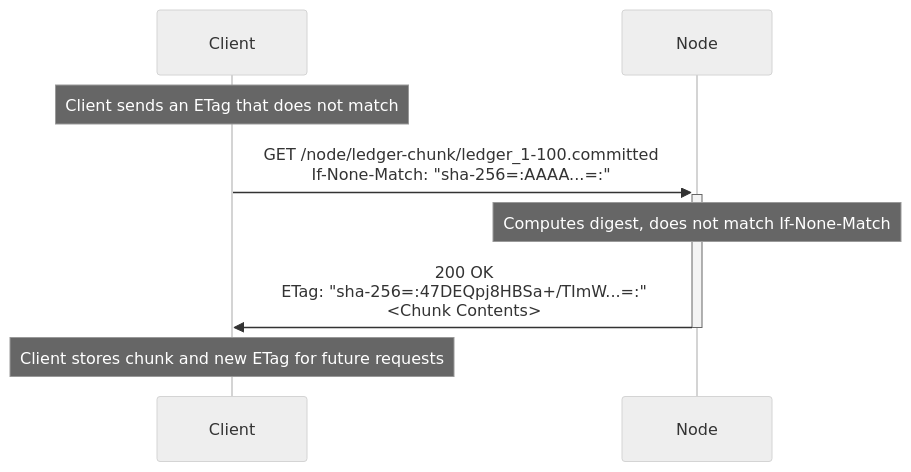
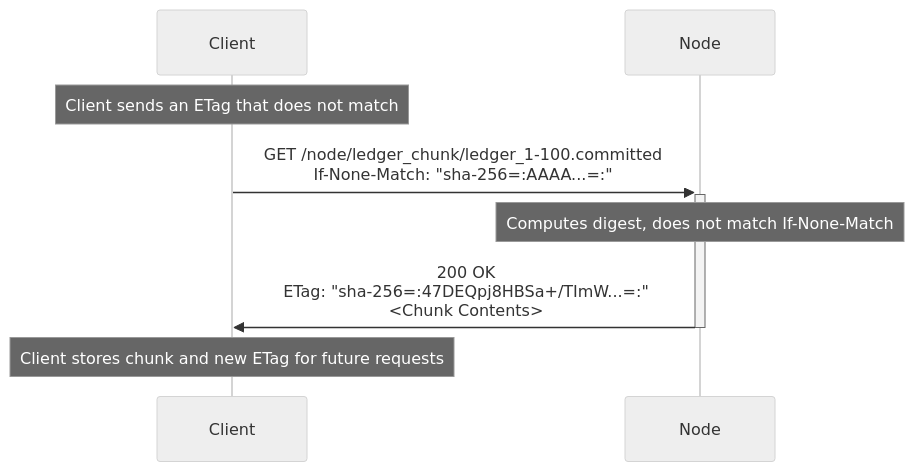
Before and after one commit to microsoft/CCF: the fourth of 5 diagrams in doc/operations/ledger_snapshot.rst, drawn with Mermaid (neutral theme). The commit also changed other lines of this file and 4 other files, not shown here.

Commit message:
Rename /node/ledger-chunk to /node/ledger_chunk for consistency

```diff
--- a/doc/operations/ledger_snapshot.rst
+++ b/doc/operations/ledger_snapshot.rst
@@ -150,8 +150,8 @@
 .. mermaid::
 
     sequenceDiagram
         Note over Client: Client sends an ETag that does not match
-        Client->>+Node: GET /node/ledger-chunk/ledger_1-100.committed<br/>If-None-Match: "sha-256=:AAAA...=:"
+        Client->>+Node: GET /node/ledger_chunk/ledger_1-100.committed<br/>If-None-Match: "sha-256=:AAAA...=:"
         Note over Node: Computes digest, does not match If-None-Match
         Node->>-Client: 200 OK<br/>ETag: "sha-256=:47DEQpj8HBSa+/TImW...=:"<br/><Chunk Contents>
         Note over Client: Client stores chunk and new ETag for future requests
```
